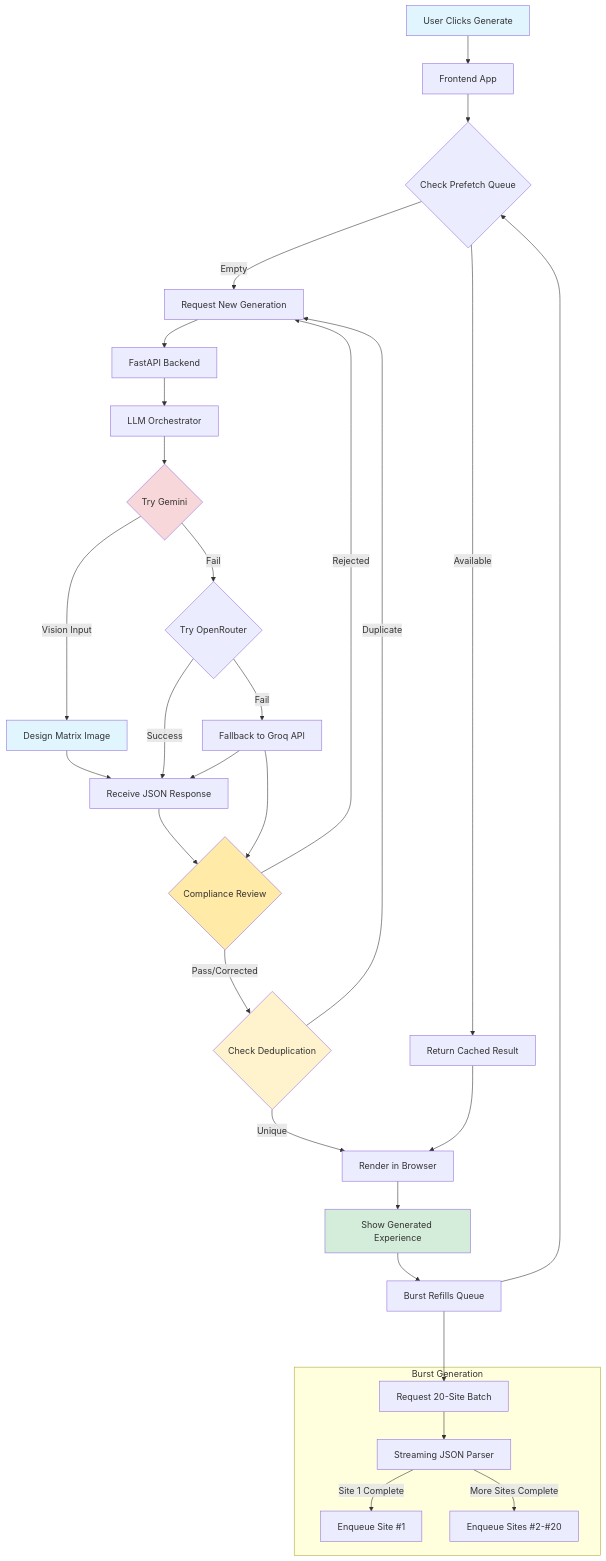
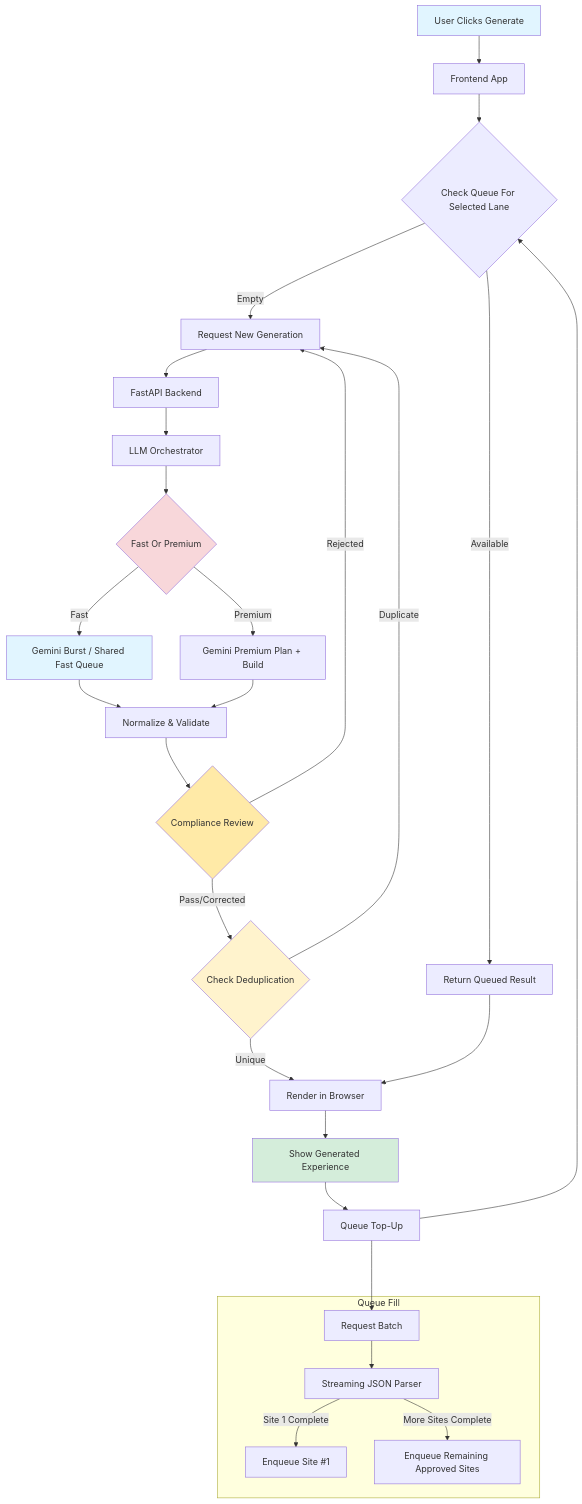
The diagram in README.md (lesprgm/Roulette), drawn with Mermaid before and after one commit. The commit also changed other lines of this file and 3 other files, not shown here.

````diff
--- a/README.md
+++ b/README.md
@@ -95,44 +102,41 @@
 ```mermaid
 graph TD
     A[User Clicks Generate] --> B[Frontend App]
-    B --> C{Check Prefetch Queue}
-    C -->|Available| D[Return Cached Result]
+    B --> C{Check Queue For Selected Lane}
+    C -->|Available| D[Return Queued Result]
     C -->|Empty| E[Request New Generation]
     E --> F[FastAPI Backend]
     F --> G[LLM Orchestrator]
-    G --> H{Try Gemini}
-    H -->|Vision Input| H2[Design Matrix Image]
-    H2 --> I[Receive JSON Response]
-    H -->|Fail| J{Try OpenRouter}
-    J -->|Success| I
-    J -->|Fail| K[Fallback to Groq API]
-    K --> I
-    I --> L[Normalize & Validate]
-    K --> L{Compliance Review}
+    G --> H{Fast Or Premium}
+    H -->|Fast| H2[Gemini Burst / Shared Fast Queue]
+    H -->|Premium| H3[Gemini Premium Plan + Build]
+    H2 --> I[Normalize & Validate]
+    H3 --> I
+    I --> L{Compliance Review}
     L -->|Pass/Corrected| M{Check Deduplication}
     L -->|Rejected| E
     M -->|Unique| N[Render in Browser]
     M -->|Duplicate| E
     N --> O[Show Generated Experience]
-    O --> P[Burst Refills Queue]
+    O --> P[Queue Top-Up]
     P --> C
     D --> N
 
-    subgraph Burst Generation
-    P1[Request 20-Site Batch]
+    subgraph Queue Fill
+    P1[Request Batch]
     P2[Streaming JSON Parser]
     P3[Enqueue Site #1]
-    P4[Enqueue Sites #2-#20]
+    P4[Enqueue Remaining Approved Sites]
     P1 --> P2
     P2 -->|Site 1 Complete| P3
     P2 -->|More Sites Complete| P4
     end
     P ---> P1
 
     style A fill:#e1f5ff
     style O fill:#d4edda
     style L fill:#ffeaa7
     style M fill:#fff3cd
     style H fill:#f8d7da
     style H2 fill:#e1f5ff
 ```
````
